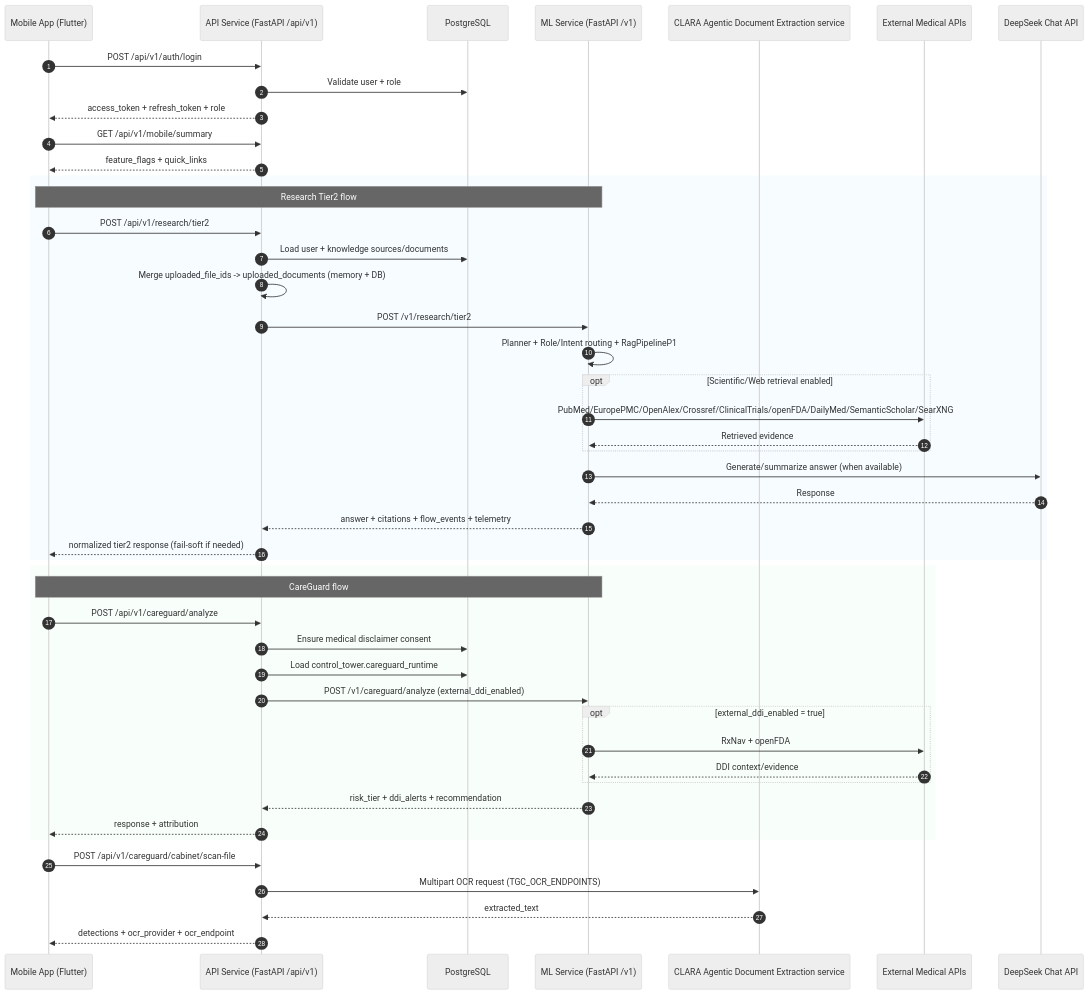
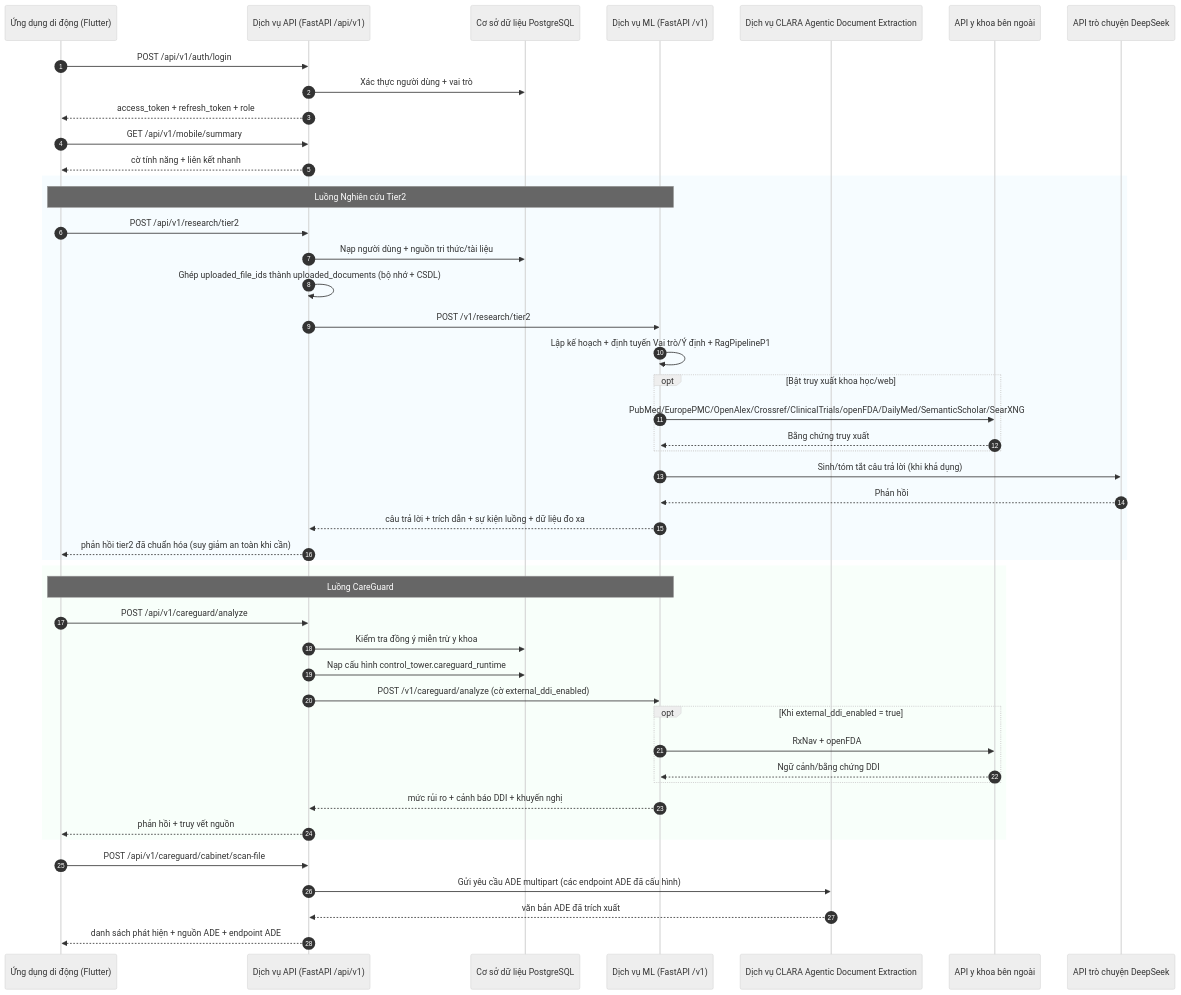
Before and after one commit to Project-CLARA-HBT/CLARA-Care: the first of 2 diagrams in docs/proposal/clara-care-hue19-revised-2026-03-31.md, drawn with Mermaid (neutral theme). The commit also changed other lines of this file, not shown here.

Commit message:
docs(proposal): replace OCR with ADE and update terminology

````diff
--- a/docs/proposal/clara-care-hue19-revised-2026-03-31.md
+++ b/docs/proposal/clara-care-hue19-revised-2026-03-31.md
@@ -254,54 +254,54 @@
 ```mermaid
 sequenceDiagram
     autonumber
-    participant M as Mobile App (Flutter)
-    participant A as API Service (FastAPI /api/v1)
-    participant DB as PostgreSQL
-    participant ML as ML Service (FastAPI /v1)
-    participant OCR as CLARA Agentic Document Extraction service
-    participant EXT as External Medical APIs
-    participant LLM as DeepSeek Chat API
+    participant M as Ứng dụng di động (Flutter)
+    participant A as Dịch vụ API (FastAPI /api/v1)
+    participant DB as Cơ sở dữ liệu PostgreSQL
+    participant ML as Dịch vụ ML (FastAPI /v1)
+    participant ADE as Dịch vụ CLARA Agentic Document Extraction
+    participant EXT as API y khoa bên ngoài
+    participant LLM as API trò chuyện DeepSeek
 
     M->>A: POST /api/v1/auth/login
-    A->>DB: Validate user + role
+    A->>DB: Xác thực người dùng + vai trò
     A-->>M: access_token + refresh_token + role
 
     M->>A: GET /api/v1/mobile/summary
-    A-->>M: feature_flags + quick_links
+    A-->>M: cờ tính năng + liên kết nhanh
 
     rect rgba(230,245,255,0.35)
-    Note over M,ML: Research Tier2 flow
+    Note over M,ML: Luồng Nghiên cứu Tier2
     M->>A: POST /api/v1/research/tier2
-    A->>DB: Load user + knowledge sources/documents
-    A->>A: Merge uploaded_file_ids -> uploaded_documents (memory + DB)
+    A->>DB: Nạp người dùng + nguồn tri thức/tài liệu
+    A->>A: Ghép uploaded_file_ids thành uploaded_documents (bộ nhớ + CSDL)
     A->>ML: POST /v1/research/tier2
-    ML->>ML: Planner + Role/Intent routing + RagPipelineP1
-    opt Scientific/Web retrieval enabled
+    ML->>ML: Lập kế hoạch + định tuyến Vai trò/Ý định + RagPipelineP1
+    opt Bật truy xuất khoa học/web
         ML->>EXT: PubMed/EuropePMC/OpenAlex/Crossref/ClinicalTrials/openFDA/DailyMed/SemanticScholar/SearXNG
-        EXT-->>ML: Retrieved evidence
+        EXT-->>ML: Bằng chứng truy xuất
     end
-    ML->>LLM: Generate/summarize answer (when available)
-    LLM-->>ML: Response
-    ML-->>A: answer + citations + flow_events + telemetry
-    A-->>M: normalized tier2 response (fail-soft if needed)
+    ML->>LLM: Sinh/tóm tắt câu trả lời (khi khả dụng)
+    LLM-->>ML: Phản hồi
+    ML-->>A: câu trả lời + trích dẫn + sự kiện luồng + dữ liệu đo xa
+    A-->>M: phản hồi tier2 đã chuẩn hóa (suy giảm an toàn khi cần)
     end
 
     rect rgba(235,255,240,0.35)
-    Note over M,ML: CareGuard flow
+    Note over M,ML: Luồng CareGuard
     M->>A: POST /api/v1/careguard/analyze
-    A->>DB: Ensure medical disclaimer consent
-    A->>DB: Load control_tower.careguard_runtime
-    A->>ML: POST /v1/careguard/analyze (external_ddi_enabled)
-    opt external_ddi_enabled = true
+    A->>DB: Kiểm tra đồng ý miễn trừ y khoa
+    A->>DB: Nạp cấu hình control_tower.careguard_runtime
+    A->>ML: POST /v1/careguard/analyze (cờ external_ddi_enabled)
+    opt Khi external_ddi_enabled = true
         ML->>EXT: RxNav + openFDA
-        EXT-->>ML: DDI context/evidence
+        EXT-->>ML: Ngữ cảnh/bằng chứng DDI
     end
-    ML-->>A: risk_tier + ddi_alerts + recommendation
-    A-->>M: response + attribution
+    ML-->>A: mức rủi ro + cảnh báo DDI + khuyến nghị
+    A-->>M: phản hồi + truy vết nguồn
     end
 
     M->>A: POST /api/v1/careguard/cabinet/scan-file
-    A->>OCR: Multipart OCR request (TGC_OCR_ENDPOINTS)
-    OCR-->>A: extracted_text
-    A-->>M: detections + ocr_provider + ocr_endpoint
+    A->>ADE: Gửi yêu cầu ADE multipart (các endpoint ADE đã cấu hình)
+    ADE-->>A: văn bản ADE đã trích xuất
+    A-->>M: danh sách phát hiện + nguồn ADE + endpoint ADE
 ```
````
